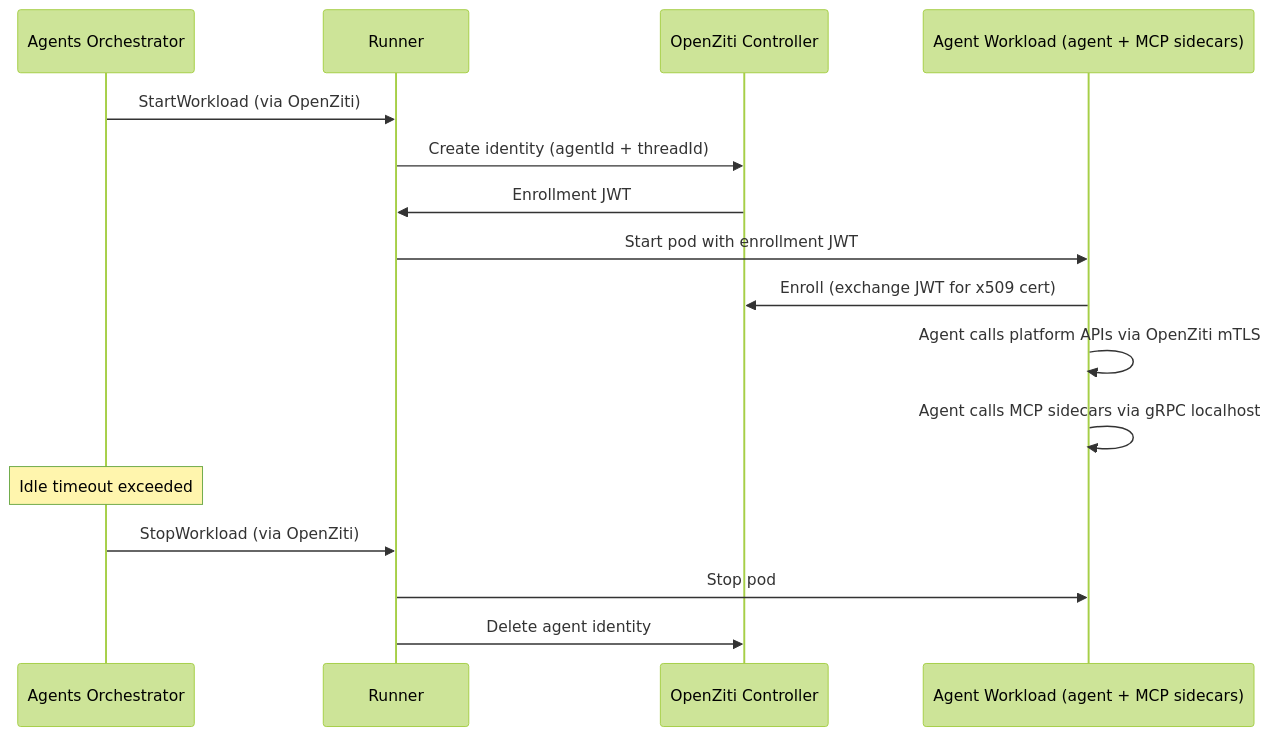
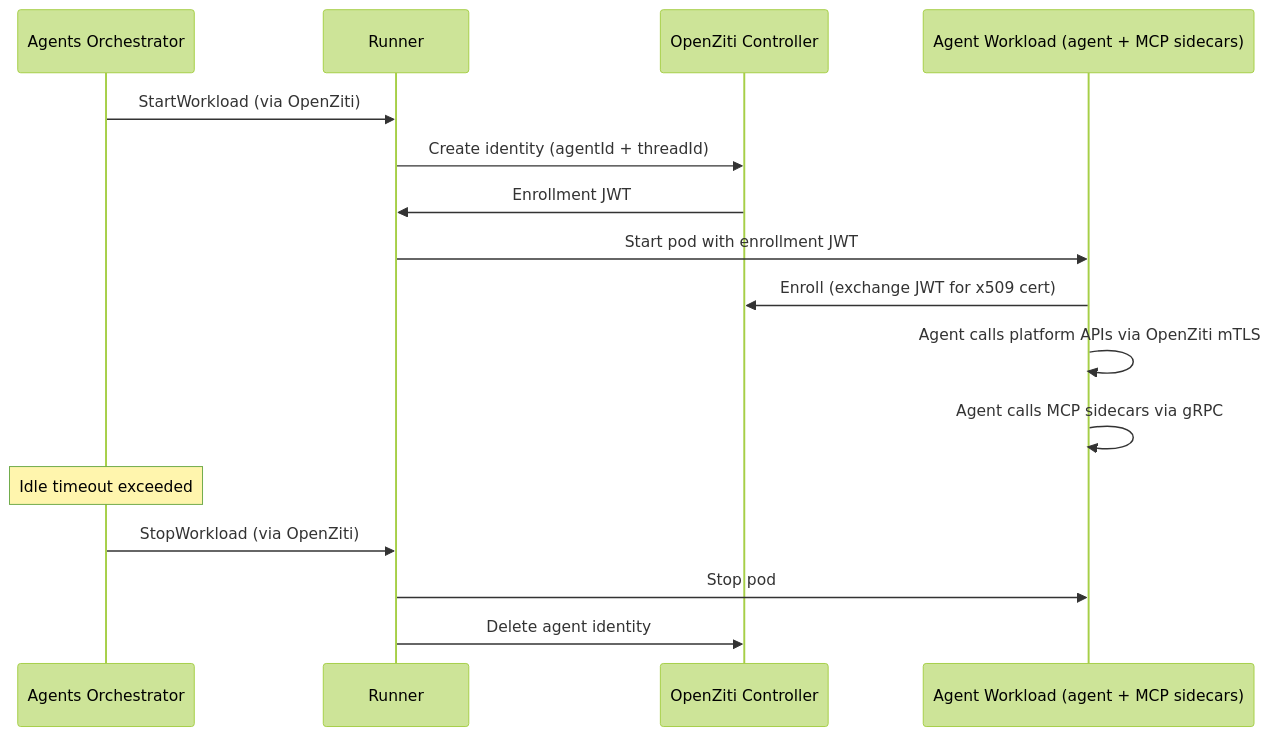
The third of 4 diagrams in architecture/authn.md (agynio/architecture), drawn with Mermaid (forest theme) before and after one commit. The commit also changed other lines of this file and 4 other files, not shown here.

````diff
--- a/architecture/authn.md
+++ b/architecture/authn.md
@@ -94,20 +94,20 @@
 ```mermaid
 sequenceDiagram
     participant O as Agents Orchestrator
     participant R as Runner
     participant ZC as OpenZiti Controller
     participant A as Agent Workload (agent + MCP sidecars)
 
     O->>R: StartWorkload (via OpenZiti)
     R->>ZC: Create identity (agentId + threadId)
     ZC->>R: Enrollment JWT
     R->>A: Start pod with enrollment JWT
     A->>ZC: Enroll (exchange JWT for x509 cert)
     A->>A: Agent calls platform APIs via OpenZiti mTLS
-    A->>A: Agent calls MCP sidecars via gRPC localhost
+    A->>A: Agent calls MCP sidecars via gRPC
 
     Note over O: Idle timeout exceeded
     O->>R: StopWorkload (via OpenZiti)
     R->>A: Stop pod
     R->>ZC: Delete agent identity
 ```
````
